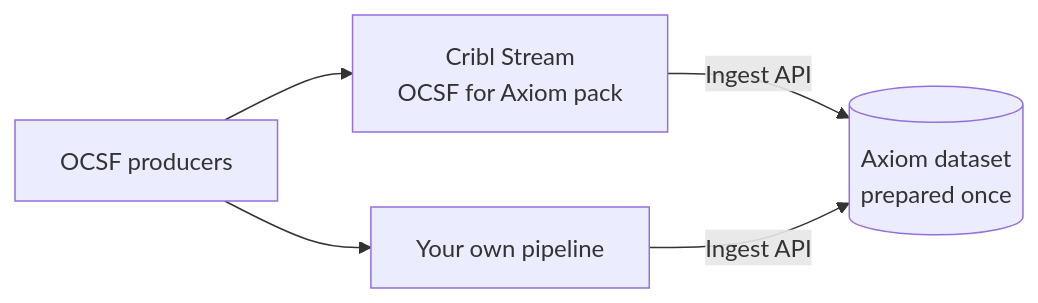
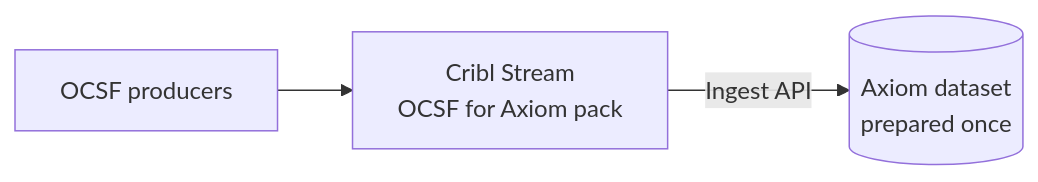
Before and after one commit to axiomhq/docs: the first of 2 diagrams in content/docs/(documentation)/use-cases/ocsf/send-data.mdx, drawn with Mermaid. The commit also changed other lines of this file and 2 other files, not shown here.

First line of the commit message:
Remove links to private OCSF repos; Cribl Dispensary is the only documented ingest path

````diff
--- a/content/docs/(documentation)/use-cases/ocsf/send-data.mdx
+++ b/content/docs/(documentation)/use-cases/ocsf/send-data.mdx
@@ -14,7 +17,5 @@
 ```mermaid
 flowchart LR
     P["OCSF producers"] --> Cribl["Cribl Stream<br/>OCSF for Axiom pack"]
-    P --> Own["Your own pipeline"]
     Cribl -->|"Ingest API"| DS[("Axiom dataset<br/>prepared once")]:::axiom
-    Own -->|"Ingest API"| DS
 ```
````
